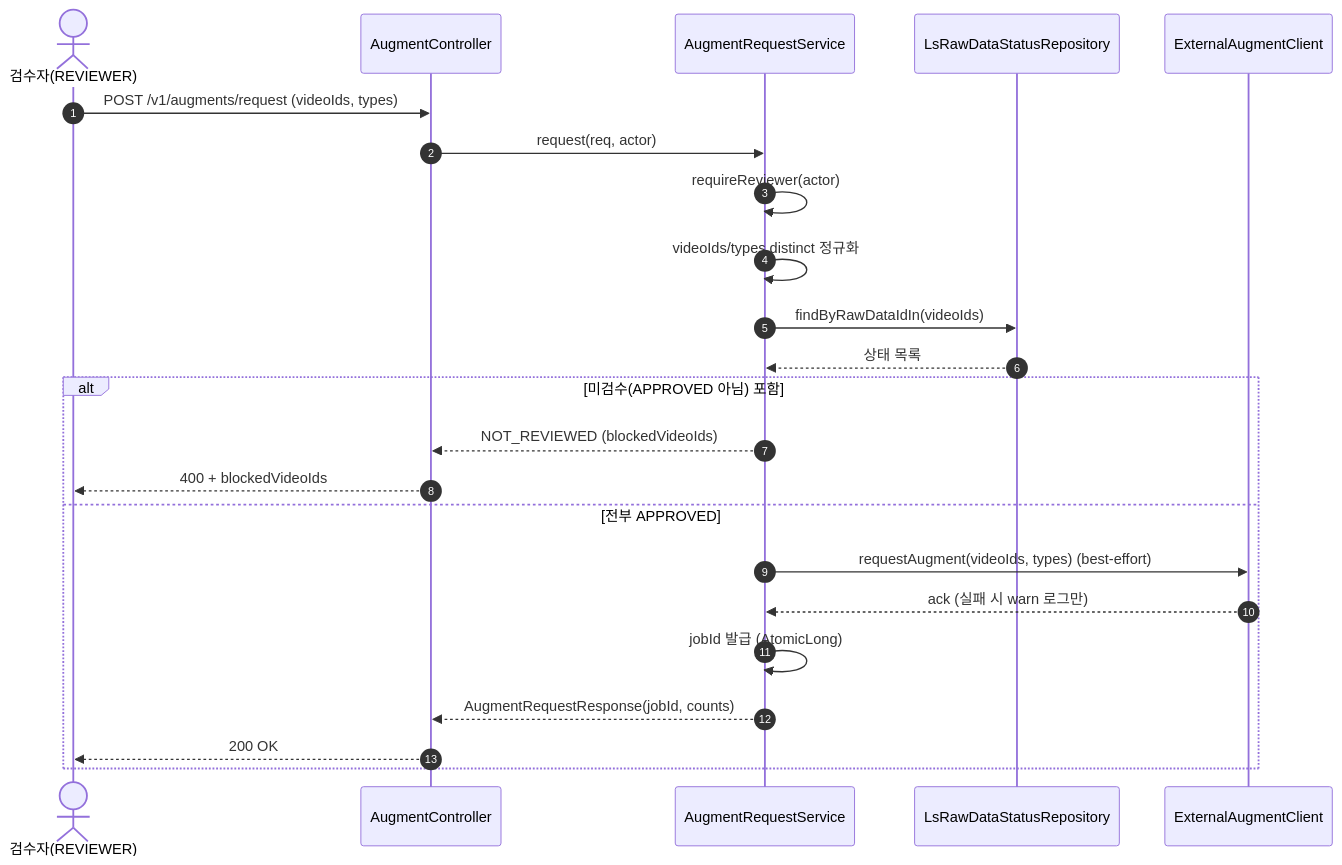
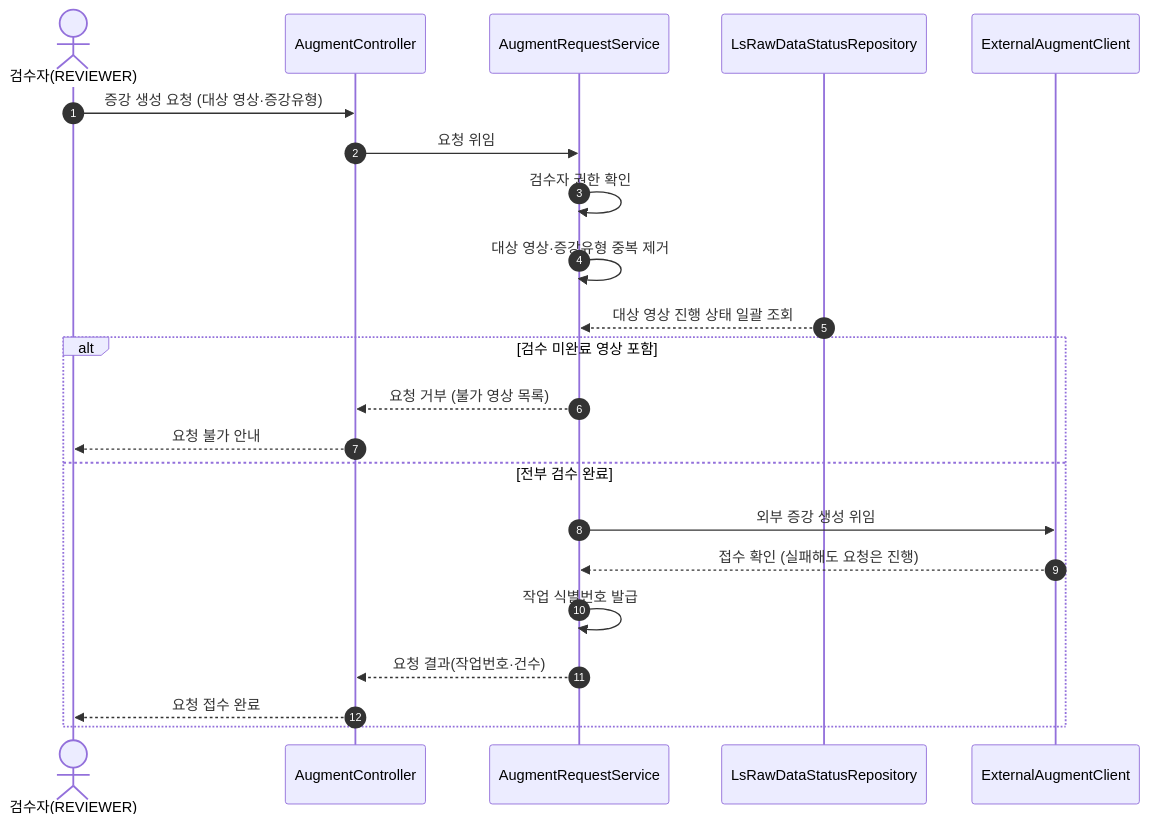
The first of 26 diagrams in docs/design/D1-클래스설계서.md (New-stella/klid-label), drawn with Mermaid before and after one commit. The commit also changed other lines of this file and 32 other files, not shown here.

````diff
--- a/docs/design/D1-클래스설계서.md
+++ b/docs/design/D1-클래스설계서.md
@@ -215,25 +191,24 @@
 ```mermaid
 sequenceDiagram
     autonumber
     actor RV as 검수자(REVIEWER)
     participant AC as AugmentController
     participant ARS as AugmentRequestService
     participant DB as LsRawDataStatusRepository
     participant EX as ExternalAugmentClient
-    RV->>AC: POST /v1/augments/request (videoIds, types)
-    AC->>ARS: request(req, actor)
-    ARS->>ARS: requireReviewer(actor)
-    ARS->>ARS: videoIds/types distinct 정규화
-    ARS->>DB: findByRawDataIdIn(videoIds)
-    DB-->>ARS: 상태 목록
-    alt 미검수(APPROVED 아님) 포함
-        ARS-->>AC: NOT_REVIEWED (blockedVideoIds)
-        AC-->>RV: 400 + blockedVideoIds
-    else 전부 APPROVED
-        ARS->>EX: requestAugment(videoIds, types) (best-effort)
-        EX-->>ARS: ack (실패 시 warn 로그만)
-        ARS->>ARS: jobId 발급 (AtomicLong)
-        ARS-->>AC: AugmentRequestResponse(jobId, counts)
-        AC-->>RV: 200 OK
+    RV->>AC: 증강 생성 요청 (대상 영상·증강유형)
+    AC->>ARS: 요청 위임
+    ARS->>ARS: 검수자 권한 확인
+    ARS->>ARS: 대상 영상·증강유형 중복 제거
+    DB-->>ARS: 대상 영상 진행 상태 일괄 조회
+    alt 검수 미완료 영상 포함
+        ARS-->>AC: 요청 거부 (불가 영상 목록)
+        AC-->>RV: 요청 불가 안내
+    else 전부 검수 완료
+        ARS->>EX: 외부 증강 생성 위임
+        EX-->>ARS: 접수 확인 (실패해도 요청은 진행)
+        ARS->>ARS: 작업 식별번호 발급
+        ARS-->>AC: 요청 결과(작업번호·건수)
+        AC-->>RV: 요청 접수 완료
     end
 ```
````
